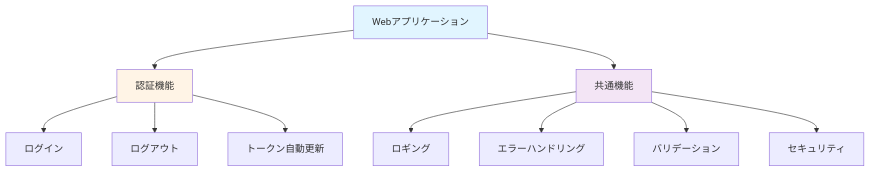
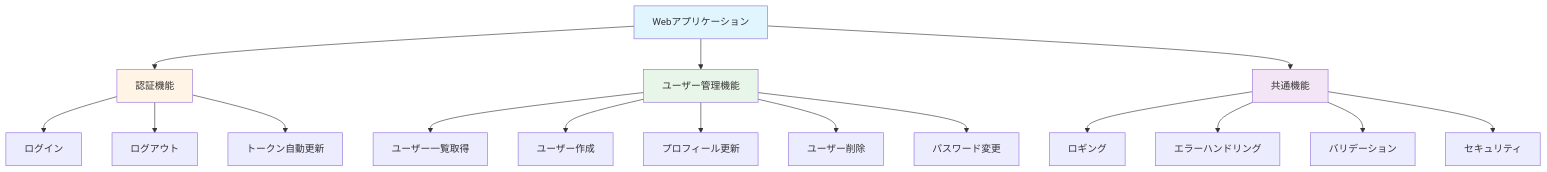
The first of 2 diagrams in docs/03_feature-list.md (TomokiIshimine/fullstack-app-with-claude), drawn with Mermaid before and after one commit. The commit also changed other lines of this file and 16 other files, not shown here.

````diff
--- a/docs/03_feature-list.md
+++ b/docs/03_feature-list.md
@@ -21,20 +22,28 @@
 ```mermaid
 graph TB
     System["Webアプリケーション"]
 
     System --> Auth["認証機能"]
+    System --> UserMgmt["ユーザー管理機能"]
     System --> Common["共通機能"]
 
     Auth --> Login["ログイン"]
     Auth --> Logout["ログアウト"]
     Auth --> TokenRefresh["トークン自動更新"]
+
+    UserMgmt --> UserList["ユーザー一覧取得"]
+    UserMgmt --> UserCreate["ユーザー作成"]
+    UserMgmt --> ProfileUpdate["プロフィール更新"]
+    UserMgmt --> UserDelete["ユーザー削除"]
+    UserMgmt --> PasswordChange["パスワード変更"]
 
     Common --> Logging["ロギング"]
     Common --> ErrorHandle["エラーハンドリング"]
     Common --> Validation["バリデーション"]
     Common --> Security["セキュリティ"]
 
     style System fill:#e1f5ff
     style Auth fill:#fff4e6
+    style UserMgmt fill:#e8f5e9
     style Common fill:#f3e5f5
 ```
````
